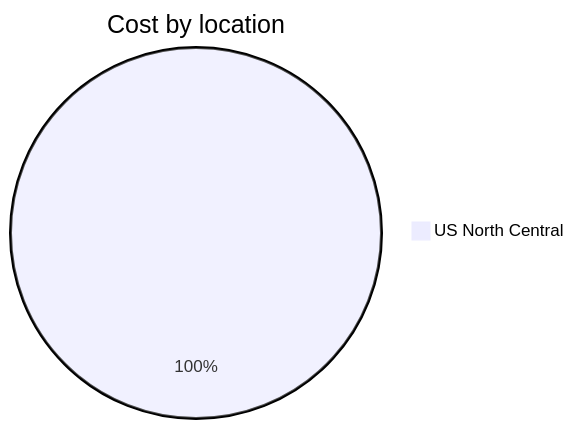
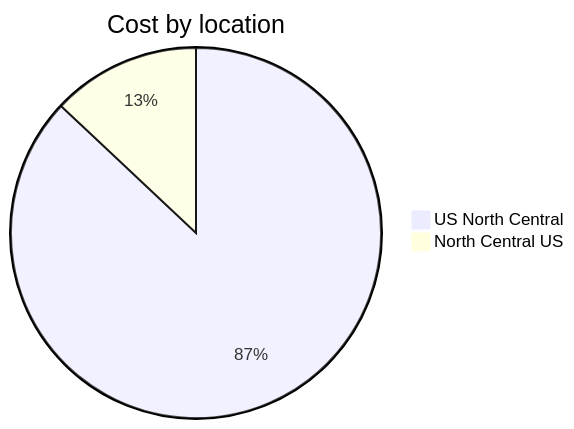
One commit to jpfulton/azure-personal-reports changed the third of 4 diagrams in cost-reports/personal-network/vpn-server_OsDisk.md. Above: the diagram before and after it, drawn with Mermaid. The commit also changed other lines of this file and 7 other files, not shown here.

````diff
--- a/cost-reports/personal-network/vpn-server_OsDisk.md
+++ b/cost-reports/personal-network/vpn-server_OsDisk.md
@@ -107,5 +108,6 @@
 ```mermaid
 pie
    title Cost by location
-   "US North Central" : 1.48
+   "US North Central" : 1.34
+   "North Central US" : 0.20
 ```
````
